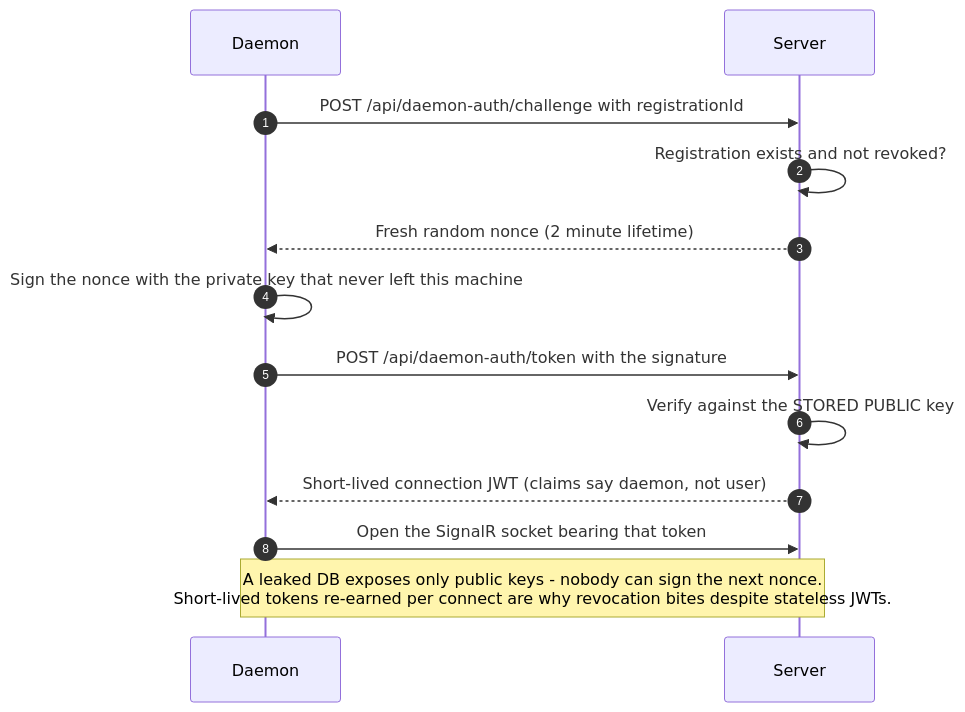
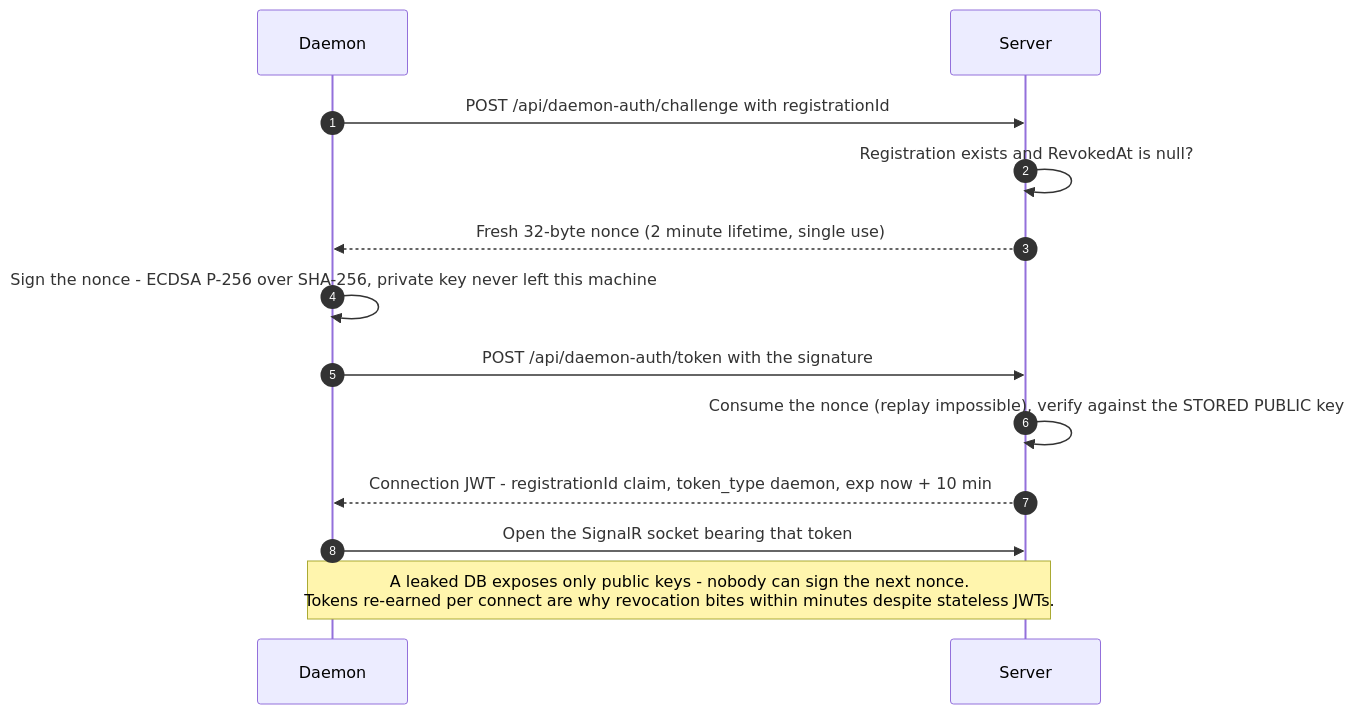
The fifth of 8 diagrams in ARCHITECTURE.md (Anarkin/angstrom-commander), drawn with Mermaid before and after one commit. The commit also changed other lines of this file, not shown here.

First line of the commit message:
docs: user sign-in diagram, concrete auth parameters, token comparison

````diff
--- a/ARCHITECTURE.md
+++ b/ARCHITECTURE.md
@@ -317,15 +347,15 @@
 ```mermaid
 sequenceDiagram
   autonumber
   participant A as Daemon
   participant S as Server
   A->>S: POST /api/daemon-auth/challenge with registrationId
-  S->>S: Registration exists and not revoked?
-  S-->>A: Fresh random nonce (2 minute lifetime)
-  A->>A: Sign the nonce with the private key that never left this machine
+  S->>S: Registration exists and RevokedAt is null?
+  S-->>A: Fresh 32-byte nonce (2 minute lifetime, single use)
+  A->>A: Sign the nonce - ECDSA P-256 over SHA-256, private key never left this machine
   A->>S: POST /api/daemon-auth/token with the signature
-  S->>S: Verify against the STORED PUBLIC key
-  S-->>A: Short-lived connection JWT (claims say daemon, not user)
+  S->>S: Consume the nonce (replay impossible), verify against the STORED PUBLIC key
+  S-->>A: Connection JWT - registrationId claim, token_type daemon, exp now + 10 min
   A->>S: Open the SignalR socket bearing that token
-  Note over A,S: A leaked DB exposes only public keys - nobody can sign the next nonce.<br/>Short-lived tokens re-earned per connect are why revocation bites despite stateless JWTs.
+  Note over A,S: A leaked DB exposes only public keys - nobody can sign the next nonce.<br/>Tokens re-earned per connect are why revocation bites within minutes despite stateless JWTs.
 ```
````
